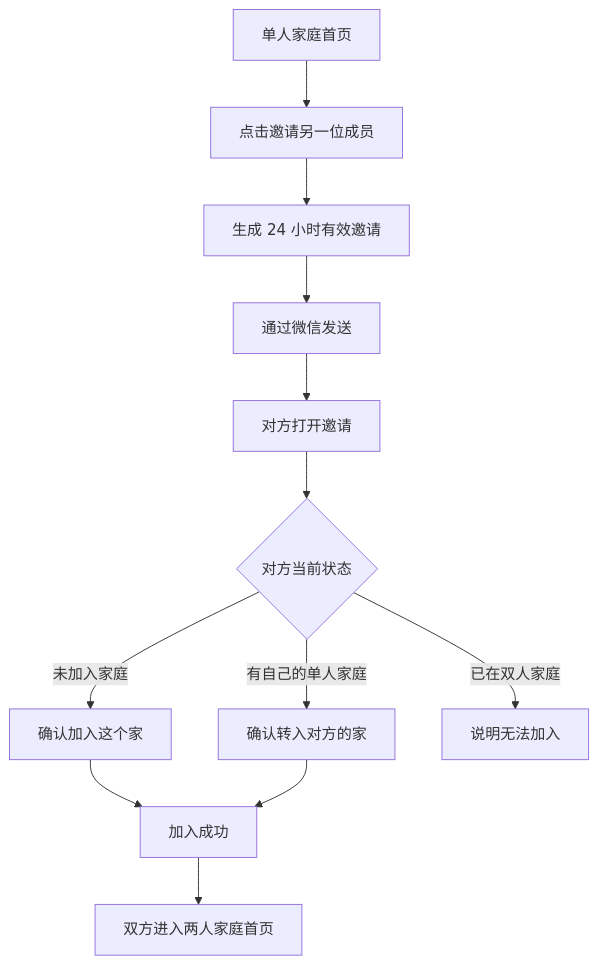
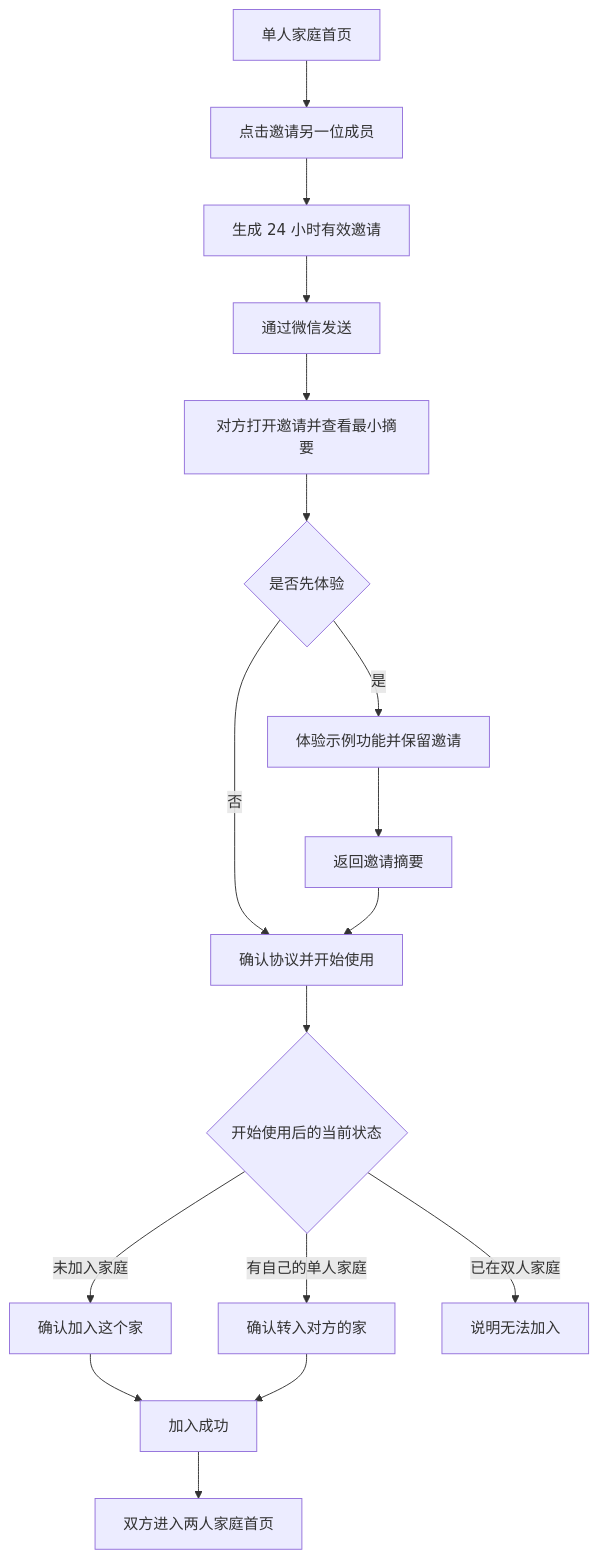
Before and after one commit to MonsterBreeder/Cohabitation-Life: the diagram in docs/prd/004-invite-join-home-prd.md, drawn with Mermaid. The commit also changed other lines of this file and 43 other files, not shown here.

````diff
--- a/docs/prd/004-invite-join-home-prd.md
+++ b/docs/prd/004-invite-join-home-prd.md
@@ -27,14 +28,19 @@
 ```mermaid
 flowchart TB
   A[单人家庭首页] --> B[点击邀请另一位成员]
   B --> C[生成 24 小时有效邀请]
   C --> D[通过微信发送]
-  D --> E[对方打开邀请]
-  E --> F{对方当前状态}
+  D --> E[对方打开邀请并查看最小摘要]
+  E --> L{是否先体验}
+  L -- 是 --> M[体验示例功能并保留邀请]
+  M --> N[返回邀请摘要]
+  L -- 否 --> O[确认协议并开始使用]
+  N --> O
+  O --> F{开始使用后的当前状态}
   F -- 未加入家庭 --> G[确认加入这个家]
   F -- 有自己的单人家庭 --> H[确认转入对方的家]
   F -- 已在双人家庭 --> I[说明无法加入]
   G --> J[加入成功]
   H --> J
   J --> K[双方进入两人家庭首页]
 ```
````
